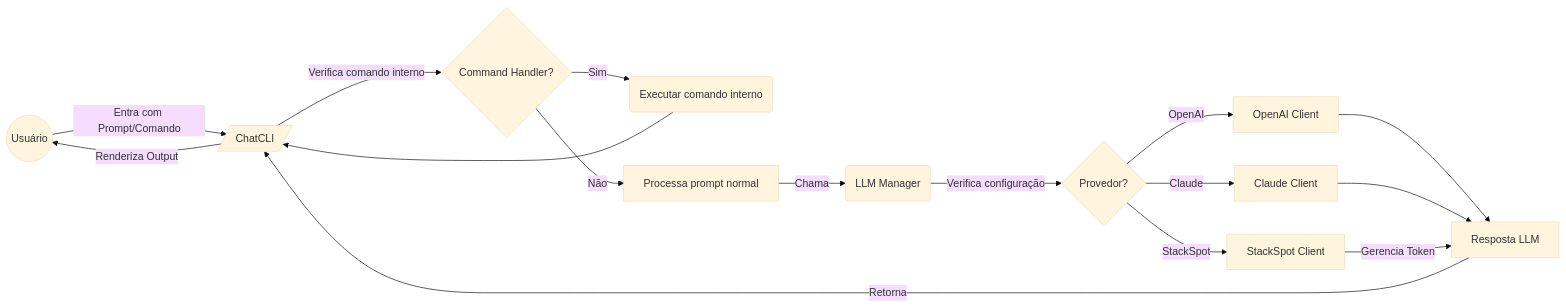
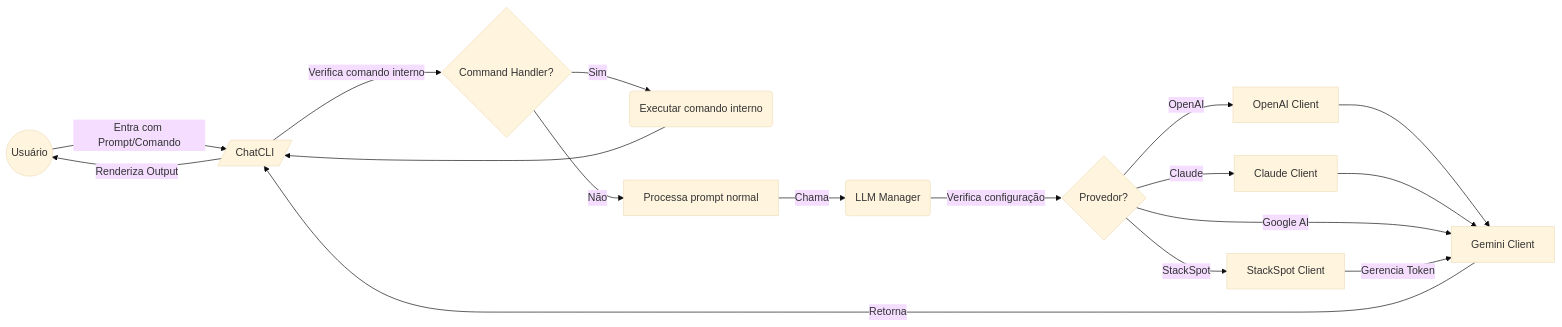
Before and after one commit to diillson/chatcli: the diagram in docs/ARCHITECTURE.md, drawn with Mermaid (base theme). The commit also changed other lines of this file and 9 other files, not shown here.

Commit message:
feat: add Google AI (Gemini) provider support and configuration options

````diff
--- a/docs/ARCHITECTURE.md
+++ b/docs/ARCHITECTURE.md
@@ -1,20 +1,21 @@
 ```mermaid
 flowchart LR
     A((Usuário)) -->|Entra com Prompt/Comando| B[/ChatCLI/]
     B -->|Verifica comando interno| C{Command Handler?}
     C -->|Sim| D(Executar comando interno)
     D --> B
     C -->|Não| E[Processa prompt normal]
     E -->|Chama| F(LLM Manager)
     F -->|Verifica configuração| G{Provedor?}
     G -->|OpenAI| H[OpenAI Client]
     G -->|Claude| I[Claude Client]
     G -->|StackSpot| J[StackSpot Client]
         
     H --> K[Resposta LLM]
     I --> K
+    G -->|Google AI| K[Gemini Client]
     J -->|Gerencia Token| K
         
     K -->|Retorna| B
     B -->|Renderiza Output| A
 ```
````
